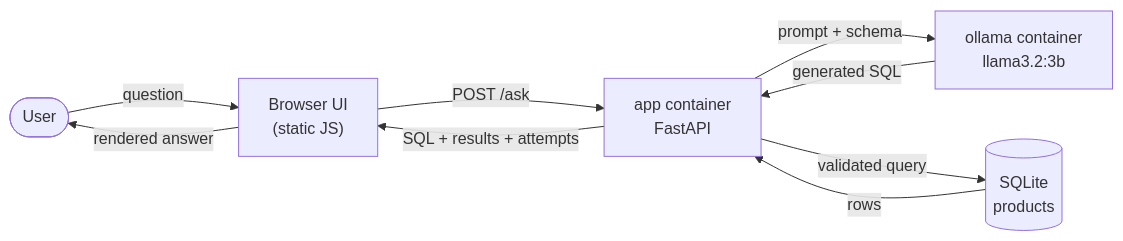
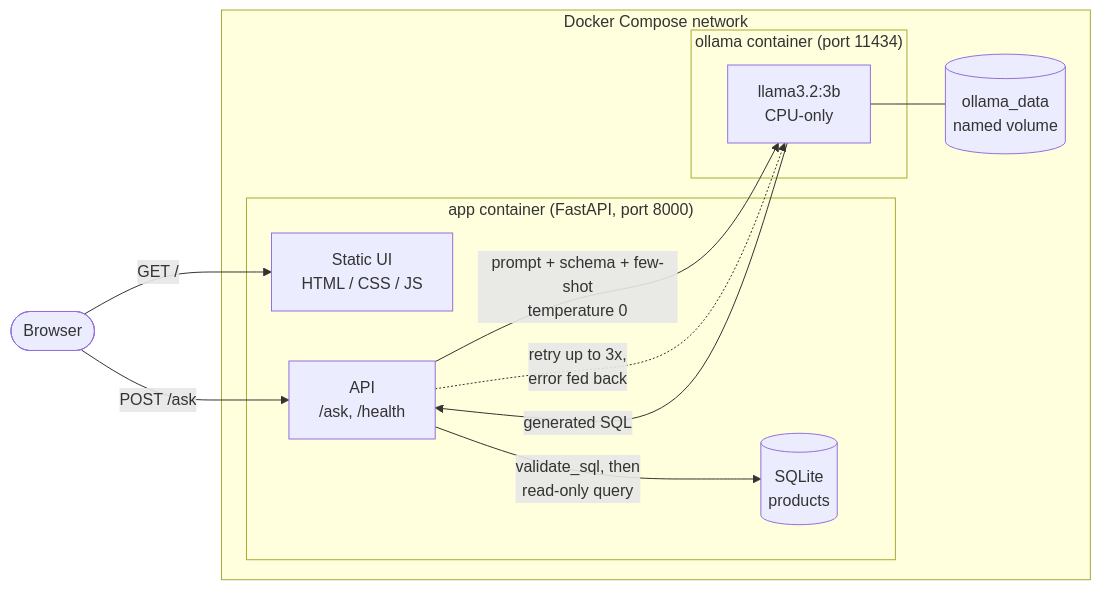
One commit to camilachirinocastell/nl-to-sql-app changed the diagram in README.md. Above: the diagram before and after it, drawn with Mermaid. The commit also changed other lines of this file, not shown here.

First line of the commit message:
docs: document dataset, tests, project structure, and request flow

````diff
--- a/README.md
+++ b/README.md
@@ -111,11 +159,24 @@
 ```mermaid
 flowchart LR
-    User(["User"]) -->|question| UI["Browser UI<br/>(static JS)"]
-    UI -->|"POST /ask"| App["app container<br/>FastAPI"]
-    App -->|prompt + schema| Ollama["ollama container<br/>llama3.2:3b"]
-    Ollama -->|generated SQL| App
-    App -->|validated query| DB[("SQLite<br/>products")]
-    DB -->|rows| App
-    App -->|SQL + results + attempts| UI
-    UI -->|rendered answer| User
+    Browser(["Browser"])
+
+    subgraph Compose["Docker Compose network"]
+        subgraph AppC["app container (FastAPI, port 8000)"]
+            Static["Static UI<br/>HTML / CSS / JS"]
+            API["API<br/>/ask, /health"]
+            DB[("SQLite<br/>products")]
+        end
+        subgraph OllamaC["ollama container (port 11434)"]
+            Model["llama3.2:3b<br/>CPU-only"]
+        end
+        Vol[("ollama_data<br/>named volume")]
+    end
+
+    Browser -->|"GET /"| Static
+    Browser -->|"POST /ask"| API
+    API -->|"prompt + schema + few-shot<br/>temperature 0"| Model
+    Model -->|"generated SQL"| API
+    API -->|"validate_sql, then<br/>read-only query"| DB
+    API -.->|"retry up to 3x,<br/>error fed back"| Model
+    Model --- Vol
 ```
````
